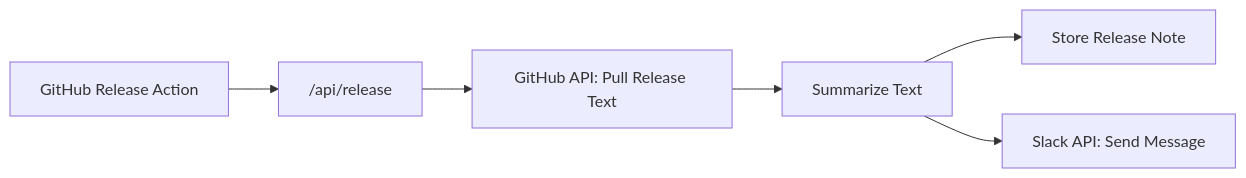
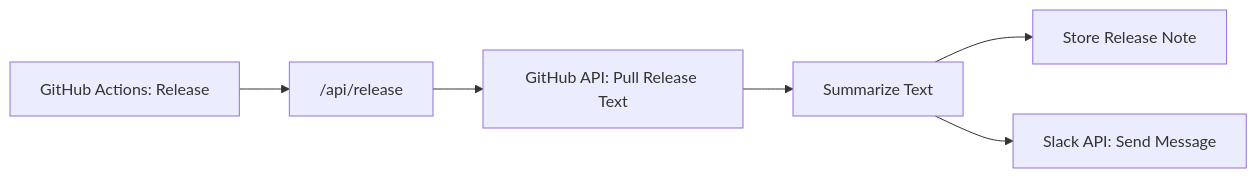
Before and after one commit to carstenjacobsen/runpod-demo: the diagram in README.md, drawn with Mermaid.

Commit message:
Update GitHub Release Action label in README

````diff
--- a/README.md
+++ b/README.md
@@ -10,8 +10,8 @@
 ```mermaid
 flowchart LR
-    A[GitHub Release Action] --> B["/api/release"]
+    A[GitHub Actions: Release] --> B["/api/release"]
     B --> C[GitHub API: Pull Release Text]
     C --> D[Summarize Text]
     D --> E[Store Release Note]
     D --> F[Slack API: Send Message]
 ```
````
